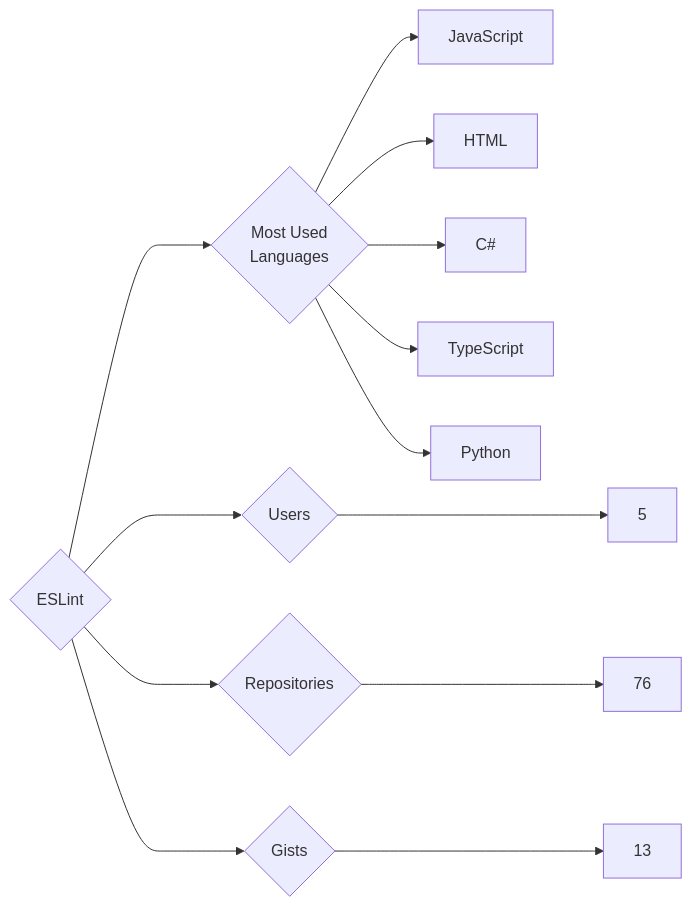
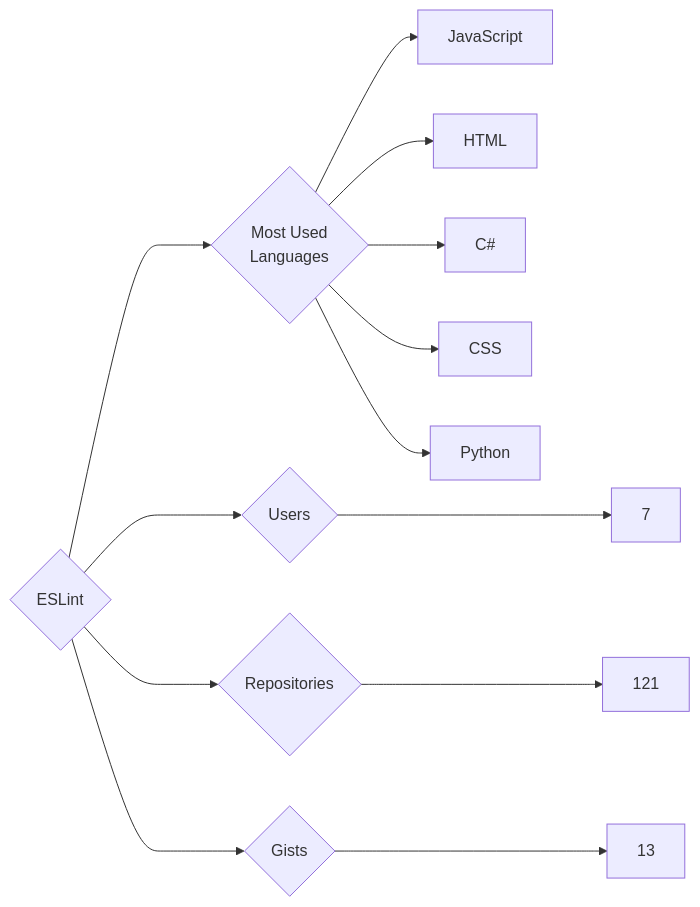
Before and after one commit to trickest/insiders: the diagram in targets/ESLint/README.md, drawn with Mermaid. The commit also changed 1055 other files, not shown here.

````diff
--- a/targets/ESLint/README.md
+++ b/targets/ESLint/README.md
@@ -3,13 +3,13 @@
 ```mermaid
 graph LR
 COMPANY_NAME{ESLint}
-COMPANY_NAME ---> U{Users} ---> UN[5]
-COMPANY_NAME ---> R{Repositories} ---> RN[76]
+COMPANY_NAME ---> U{Users} ---> UN[7]
+COMPANY_NAME ---> R{Repositories} ---> RN[121]
 COMPANY_NAME ---> G{Gists} ---> GN[13]
 COMPANY_NAME ---> ML{Most Used<br>Languages}
 ML --> JavaScript[JavaScript]
 ML --> HTML[HTML]
 ML --> C#[C#]
-ML --> TypeScript[TypeScript]
+ML --> CSS[CSS]
 ML --> Python[Python]
 ```
````
